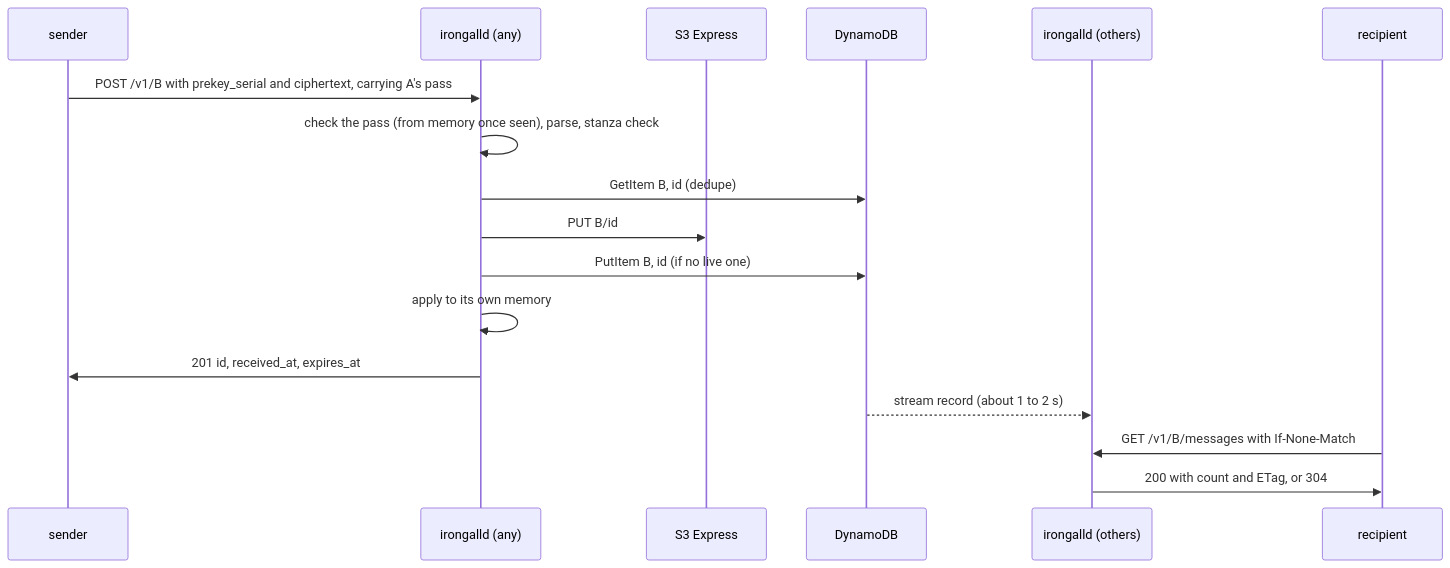
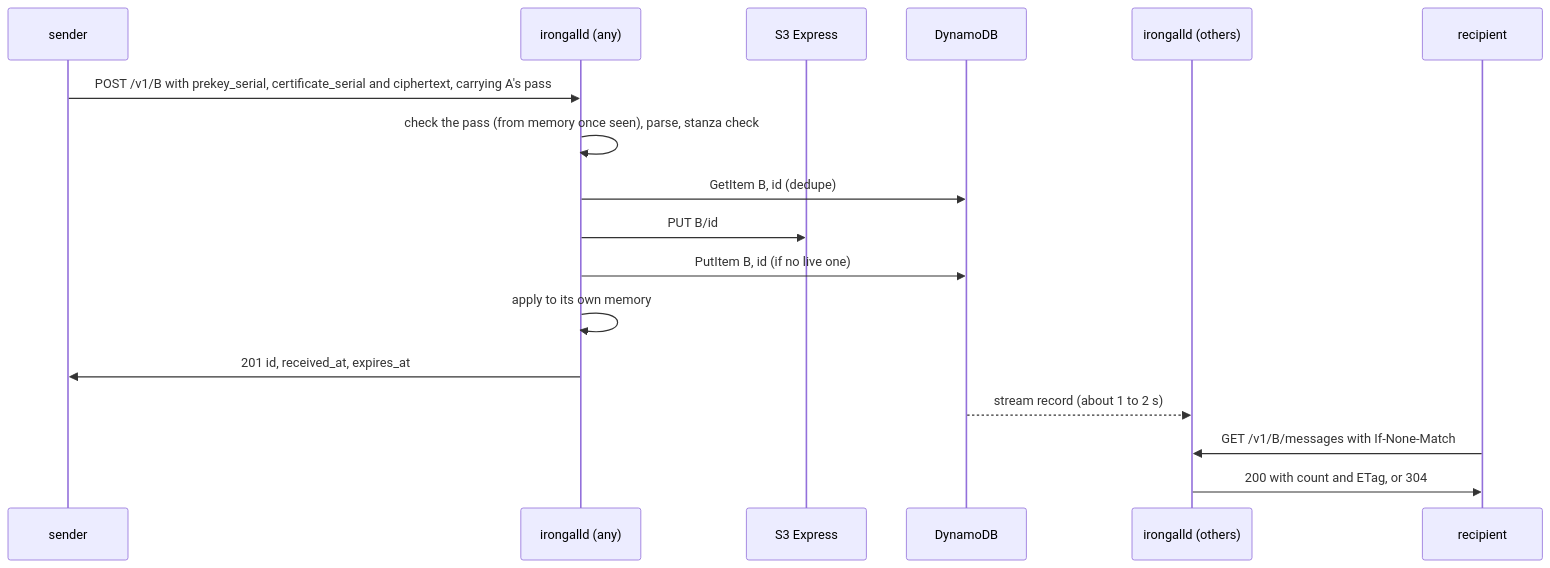
Before and after one commit to IronGall-dev/irongall-server: the second of 2 diagrams in ARCHITECTURE.md, drawn with Mermaid. The commit also changed other lines of this file and 13 other files, not shown here.

````diff
--- a/ARCHITECTURE.md
+++ b/ARCHITECTURE.md
@@ -135,19 +135,19 @@
 ```mermaid
 sequenceDiagram
   participant A as sender
   participant P1 as irongalld (any)
   participant S3 as S3 Express
   participant D as DynamoDB
   participant P2 as irongalld (others)
   participant B as recipient
-  A->>P1: POST /v1/B with prekey_serial and ciphertext, carrying A's pass
+  A->>P1: POST /v1/B with prekey_serial, certificate_serial and ciphertext, carrying A's pass
   P1->>P1: check the pass (from memory once seen), parse, stanza check
   P1->>D: GetItem B, id (dedupe)
   P1->>S3: PUT B/id
   P1->>D: PutItem B, id (if no live one)
   P1->>P1: apply to its own memory
   P1->>A: 201 id, received_at, expires_at
   D-->>P2: stream record (about 1 to 2 s)
   B->>P2: GET /v1/B/messages with If-None-Match
   P2->>B: 200 with count and ETag, or 304
 ```
````
